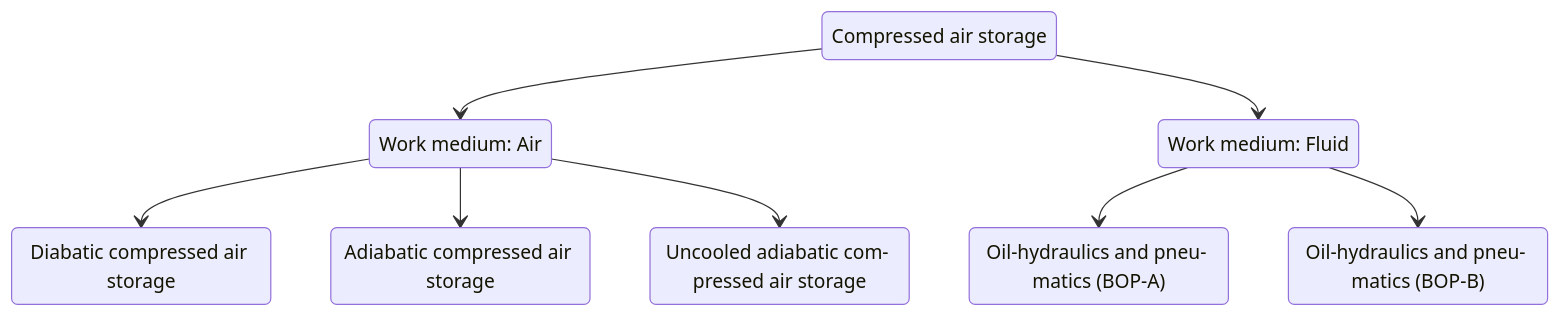
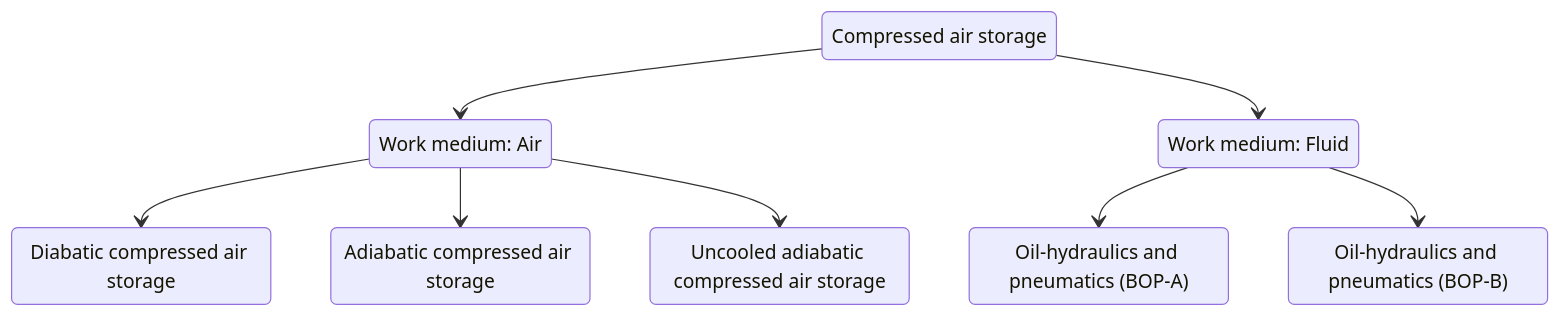
Before and after one commit to KaloyanDDraganov/Energieinformatik: diagram 13 of 17 in EI1_must_know.md, drawn with Mermaid. The commit also changed other lines of this file, not shown here.

````diff
--- a/EI1_must_know.md
+++ b/EI1_must_know.md
@@ -2088,25 +2090,25 @@
 ```mermaid
 stateDiagram-v2
 
   state "Compressed air storage" as CAS
   state "Work medium: Air" as A
   state "Work medium: Fluid" as F
 
   state "Diabatic compressed air storage" as D
   state "Adiabatic compressed air storage" as Ad
-  state "Uncooled adiabatic com- pressed air storage" as U
+  state "Uncooled adiabatic compressed air storage" as U
 
-  state "Oil-hydraulics and pneu- matics (BOP-A)" as OA
-  state "Oil-hydraulics and pneu- matics (BOP-B)" as OB
+  state "Oil-hydraulics and pneumatics (BOP-A)" as OA
+  state "Oil-hydraulics and pneumatics (BOP-B)" as OB
 
   CAS --> A
   CAS --> F
 
   A --> D
   A --> Ad
   A --> U
 
   F --> OA
   F --> OB
 
 ```
````
